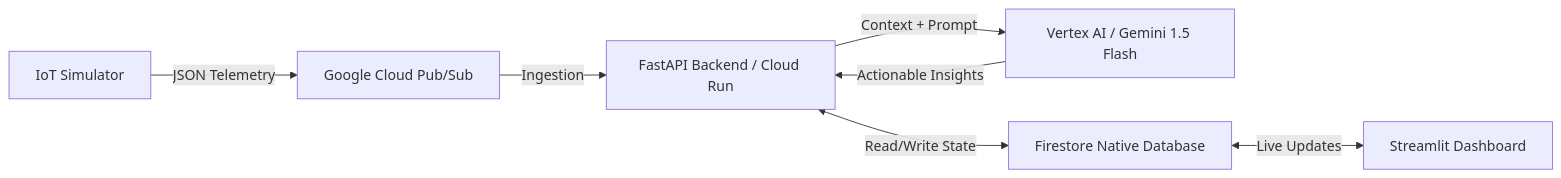
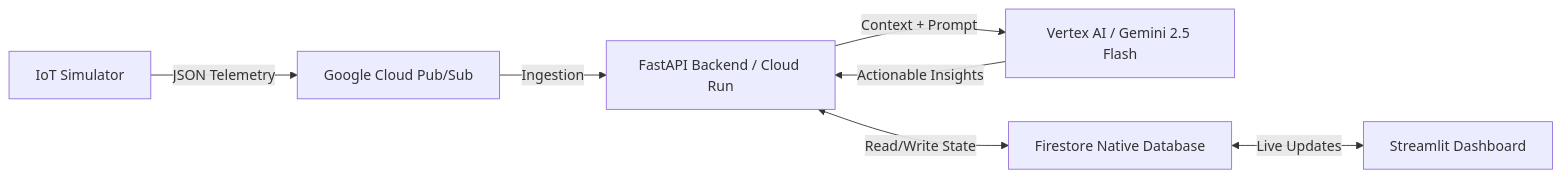
Before and after one commit to 07MADARA/stadiumsense-fifa-2026: the diagram in README.md, drawn with Mermaid. The commit also changed other lines of this file and 3 other files, not shown here.

Commit message:
fix: update model to gemini-2.5-flash and configure streamlit for iframe compatibility

````diff
--- a/README.md
+++ b/README.md
@@ -18,9 +18,9 @@
 ```mermaid
 flowchart LR
     A[IoT Simulator] -->|JSON Telemetry| B[Google Cloud Pub/Sub]
     B -->|Ingestion| C[FastAPI Backend / Cloud Run]
-    C -->|Context + Prompt| D[Vertex AI / Gemini 1.5 Flash]
+    C -->|Context + Prompt| D[Vertex AI / Gemini 2.5 Flash]
     D -->|Actionable Insights| C
     C <-->|Read/Write State| E[Firestore Native Database]
     E <-->|Live Updates| F[Streamlit Dashboard]
 ```
````
